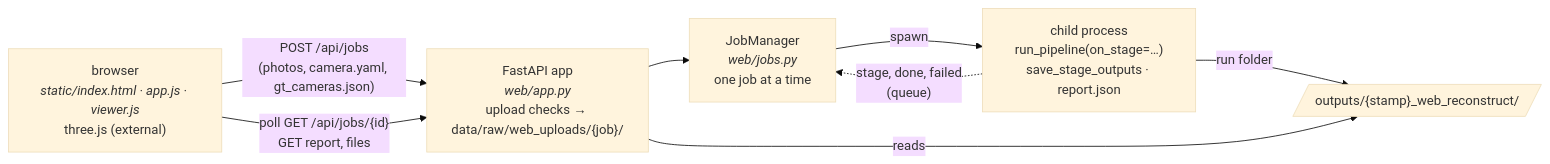
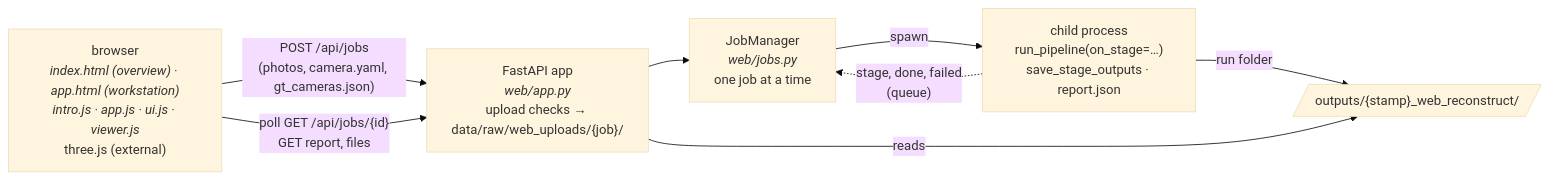
One commit to AggimallaAbhishek/Multi-View-3D-Reconstruction changed the third of 3 diagrams in docs/architecture.md. Above: the diagram before and after it, drawn with Mermaid (base theme). The commit also changed other lines of this file and 14 other files, not shown here.

````diff
--- a/docs/architecture.md
+++ b/docs/architecture.md
@@ -65,10 +65,10 @@
 ```mermaid
 flowchart LR
-    B["browser<br/><i>static/index.html · app.js · viewer.js</i><br/>three.js (external)"] -->|"POST /api/jobs<br/>(photos, camera.yaml, gt_cameras.json)"| A["FastAPI app<br/><i>web/app.py</i><br/>upload checks → data/raw/web_uploads/{job}/"]
+    B["browser<br/><i>index.html (overview) · app.html (workstation)<br/>intro.js · app.js · ui.js · viewer.js</i><br/>three.js (external)"] -->|"POST /api/jobs<br/>(photos, camera.yaml, gt_cameras.json)"| A["FastAPI app<br/><i>web/app.py</i><br/>upload checks → data/raw/web_uploads/{job}/"]
     A --> J["JobManager<br/><i>web/jobs.py</i><br/>one job at a time"]
     J -->|"spawn"| C["child process<br/>run_pipeline(on_stage=…)<br/>save_stage_outputs · report.json"]
     C -.->|"stage, done, failed<br/>(queue)"| J
     C -->|"run folder"| R[/"outputs/{stamp}_web_reconstruct/"/]
     B -->|"poll GET /api/jobs/{id}<br/>GET report, files"| A
     A -->|"reads"| R
 ```
````
